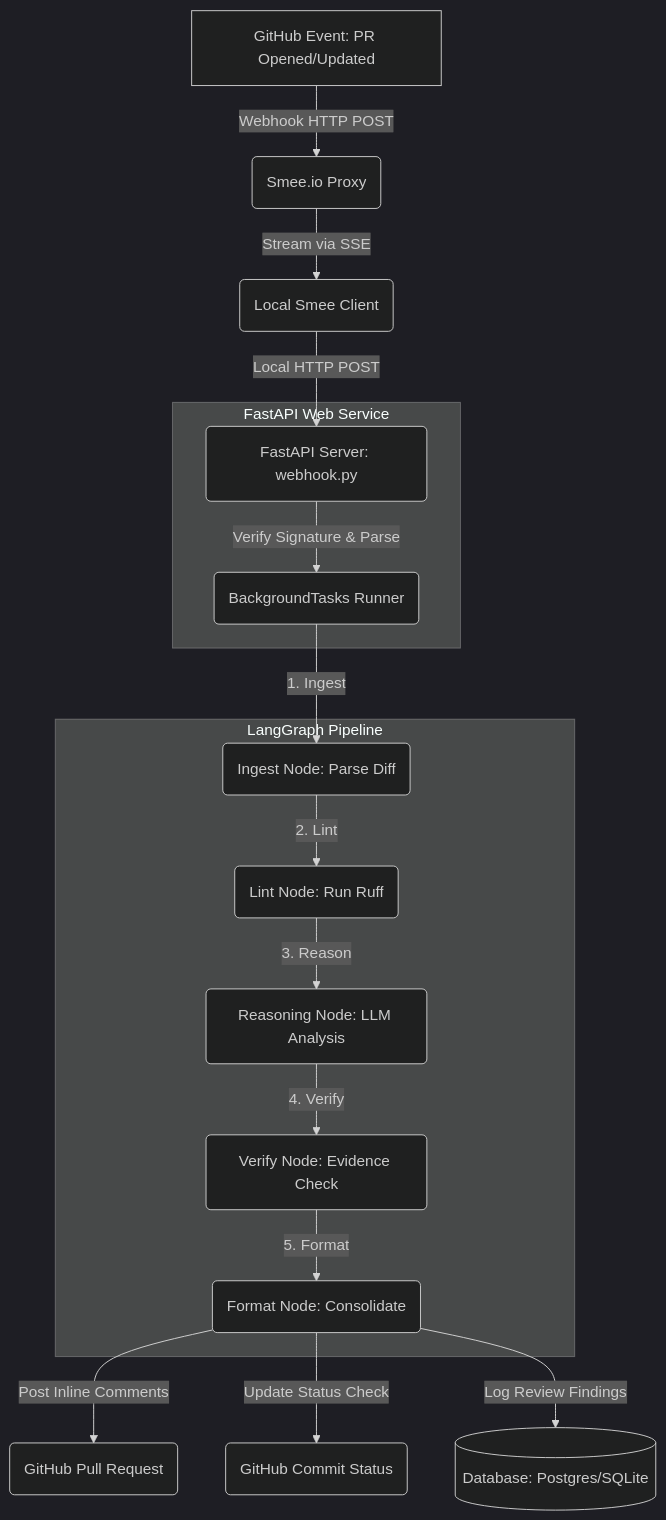
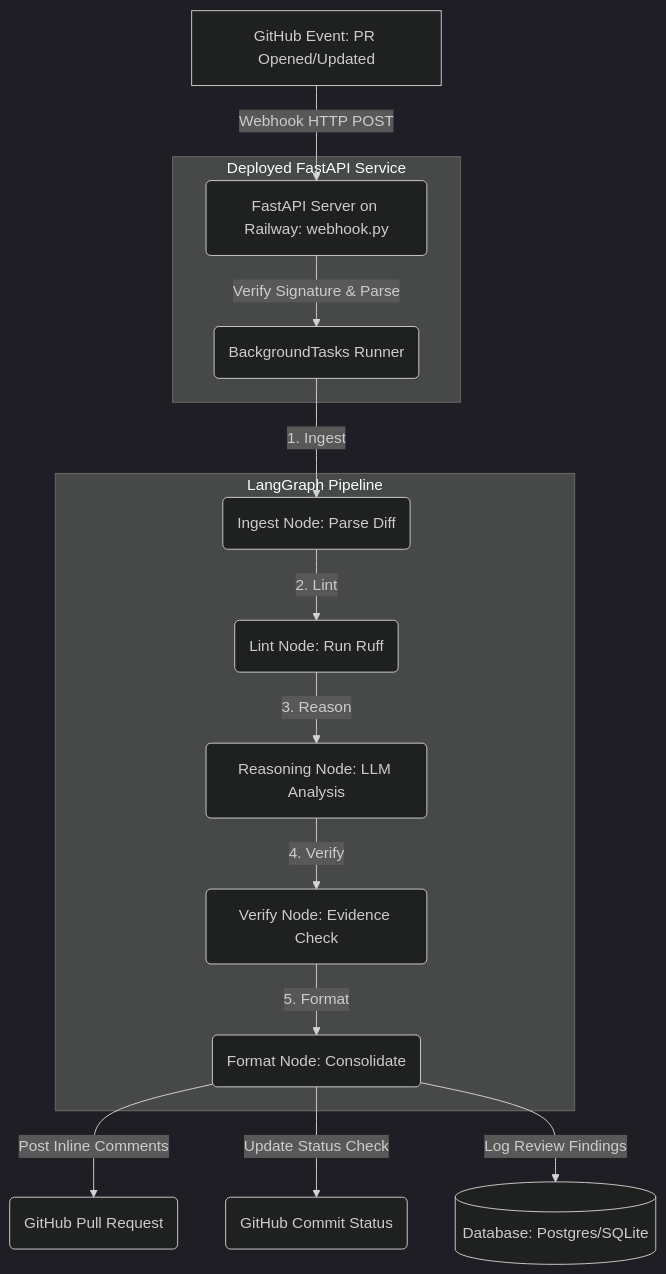
Before and after one commit to Kapish7717/PR-SENTINEL: the diagram in README.md, drawn with Mermaid (dark theme). The commit also changed other lines of this file, not shown here.

````diff
--- a/README.md
+++ b/README.md
@@ -11,22 +11,20 @@
 ```mermaid
 graph TD
-    A[GitHub Event: PR Opened/Updated] -->|Webhook HTTP POST| B(Smee.io Proxy)
-    B -->|Stream via SSE| C(Local Smee Client)
-    C -->|Local HTTP POST| D(FastAPI Server: webhook.py)
+    A[GitHub Event: PR Opened/Updated] -->|Webhook HTTP POST| D(FastAPI Server on Railway: webhook.py)
     
-    subgraph FastAPI Web Service
+    subgraph Deployed FastAPI Service
         D -->|Verify Signature & Parse| E(BackgroundTasks Runner)
     end
     
     subgraph LangGraph Pipeline
         E -->|1. Ingest| F(Ingest Node: Parse Diff)
         F -->|2. Lint| G(Lint Node: Run Ruff)
         G -->|3. Reason| H(Reasoning Node: LLM Analysis)
         H -->|4. Verify| I(Verify Node: Evidence Check)
         I -->|5. Format| J(Format Node: Consolidate)
     end
     
     J -->|Post Inline Comments| K(GitHub Pull Request)
     J -->|Update Status Check| L(GitHub Commit Status)
     J -->|Log Review Findings| M[(Database: Postgres/SQLite)]
 ```
````
